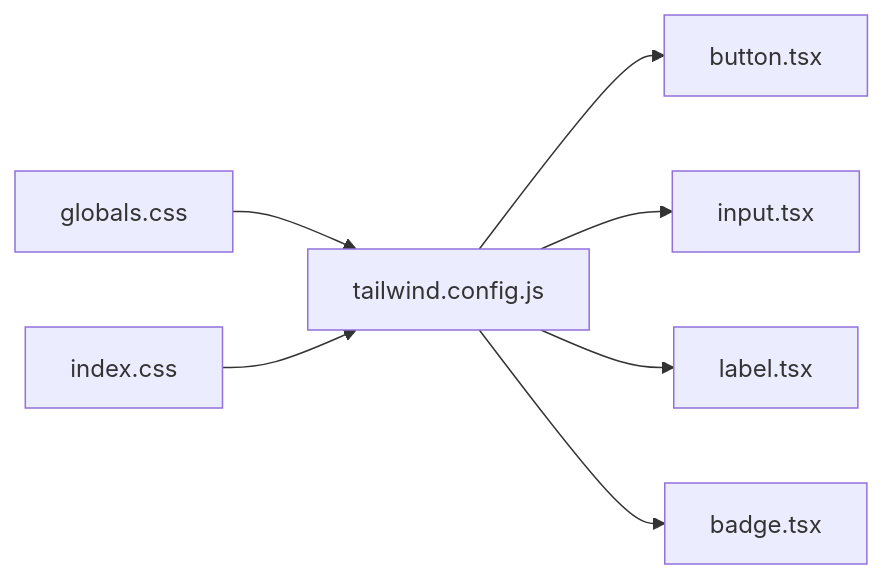
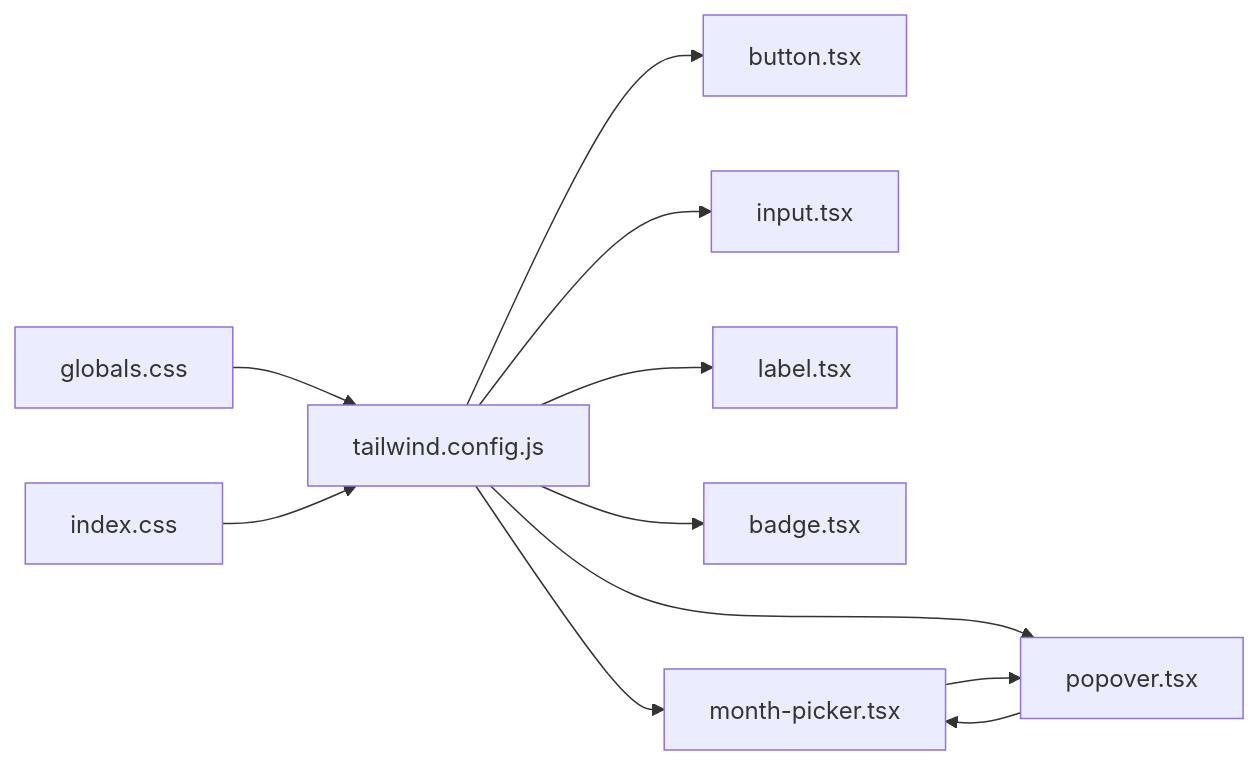
One commit to Damao997/newproject changed the ninth of 9 diagrams in .qoder/repowiki/zh/content/UI组件库/基础UI组件/基础UI组件.md. Above: the diagram before and after it, drawn with Mermaid. The commit also changed other lines of this file and 23 other files, not shown here.

````diff
--- a/.qoder/repowiki/zh/content/UI组件库/基础UI组件/基础UI组件.md
+++ b/.qoder/repowiki/zh/content/UI组件库/基础UI组件/基础UI组件.md
@@ -285,9 +411,13 @@
 ```mermaid
 graph LR
 TW["tailwind.config.js"] --> BTN["button.tsx"]
 TW --> INP["input.tsx"]
 TW --> LAB["label.tsx"]
 TW --> BAD["badge.tsx"]
+TW --> MP["month-picker.tsx"]
+TW --> PO["popover.tsx"]
 CSS1["globals.css"] --> TW
 CSS2["index.css"] --> TW
+MP --> PO
+PO --> MP
 ```
````
